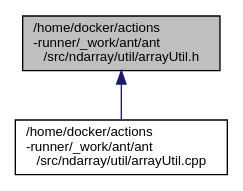
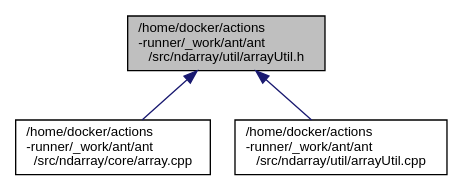
Before and after one commit to durbin-164/ant: the diagram in arrayUtil_8h__dep__incl.dot, drawn with Graphviz. The commit also changed 144 other files, not shown here.

```diff
--- a/arrayUtil_8h__dep__incl.dot
+++ b/arrayUtil_8h__dep__incl.dot
@@ -1,9 +1,11 @@
 digraph "/home/docker/actions-runner/_work/ant/ant/src/ndarray/util/arrayUtil.h"
 {
  // LATEX_PDF_SIZE
   edge [fontname="Helvetica",fontsize="10",labelfontname="Helvetica",labelfontsize="10"];
   node [fontname="Helvetica",fontsize="10",shape=record];
   Node1 [label="/home/docker/actions\l-runner/_work/ant/ant\l/src/ndarray/util/arrayUtil.h",height=0.2,width=0.4,color="black", fillcolor="grey75", style="filled", fontcolor="black",tooltip=" "];
   Node1 -> Node2 [dir="back",color="midnightblue",fontsize="10",style="solid",fontname="Helvetica"];
-  Node2 [label="/home/docker/actions\l-runner/_work/ant/ant\l/src/ndarray/util/arrayUtil.cpp",height=0.2,width=0.4,color="black", fillcolor="white", style="filled",URL="$arrayUtil_8cpp.html",tooltip=" "];
+  Node2 [label="/home/docker/actions\l-runner/_work/ant/ant\l/src/ndarray/core/array.cpp",height=0.2,width=0.4,color="black", fillcolor="white", style="filled",URL="$array_8cpp.html",tooltip=" "];
+  Node1 -> Node3 [dir="back",color="midnightblue",fontsize="10",style="solid",fontname="Helvetica"];
+  Node3 [label="/home/docker/actions\l-runner/_work/ant/ant\l/src/ndarray/util/arrayUtil.cpp",height=0.2,width=0.4,color="black", fillcolor="white", style="filled",URL="$arrayUtil_8cpp.html",tooltip=" "];
 }
```
